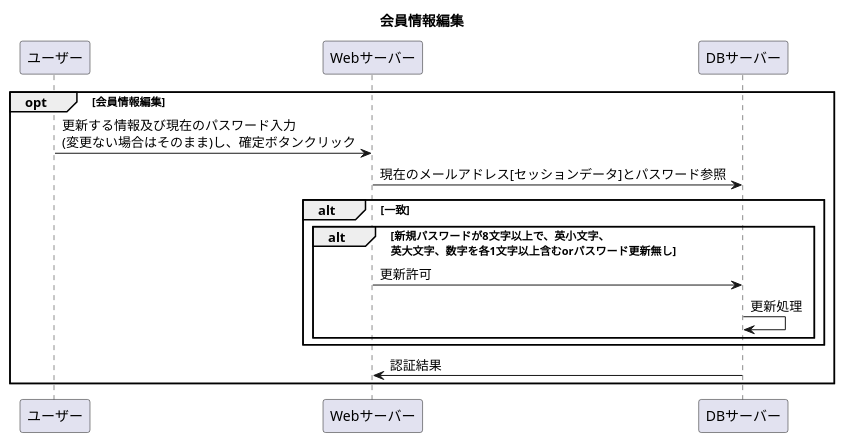
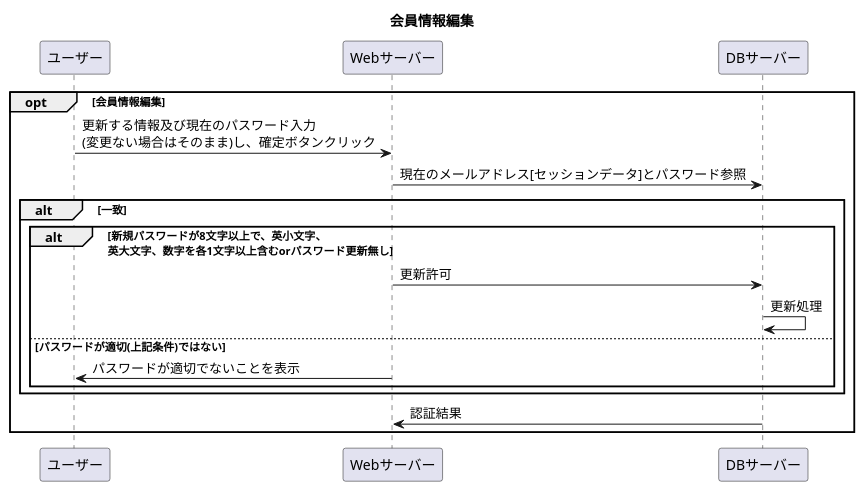
One commit to Aso2001227/Aso-Sports-1 changed the diagram in 設計書/02_業務フロー/Edit-Business-Flow.md. Above: the diagram before and after it, drawn with PlantUML.

````diff
--- a/設計書/02_業務フロー/Edit-Business-Flow.md
+++ b/設計書/02_業務フロー/Edit-Business-Flow.md
@@ -1,16 +1,18 @@
 ```uml
 @startuml
 title: 会員情報編集
 opt 会員情報編集
         ユーザー ->Webサーバー :更新する情報及び現在のパスワード入力\n(変更ない場合はそのまま)し、確定ボタンクリック
         Webサーバー -> DBサーバー : 現在のメールアドレス[セッションデータ]とパスワード参照
         alt 一致
                 alt 新規パスワードが8文字以上で、英小文字、\n英大文字、数字を各1文字以上含むorパスワード更新無し
                        Webサーバー -> DBサーバー : 更新許可
                        DBサーバー -> DBサーバー : 更新処理
+                else パスワードが適切(上記条件)ではない
+                        Webサーバー -> ユーザー : パスワードが適切でないことを表示
                 end
         end
         DBサーバー -> Webサーバー : 認証結果
 end
 @enduml
 ```
````
